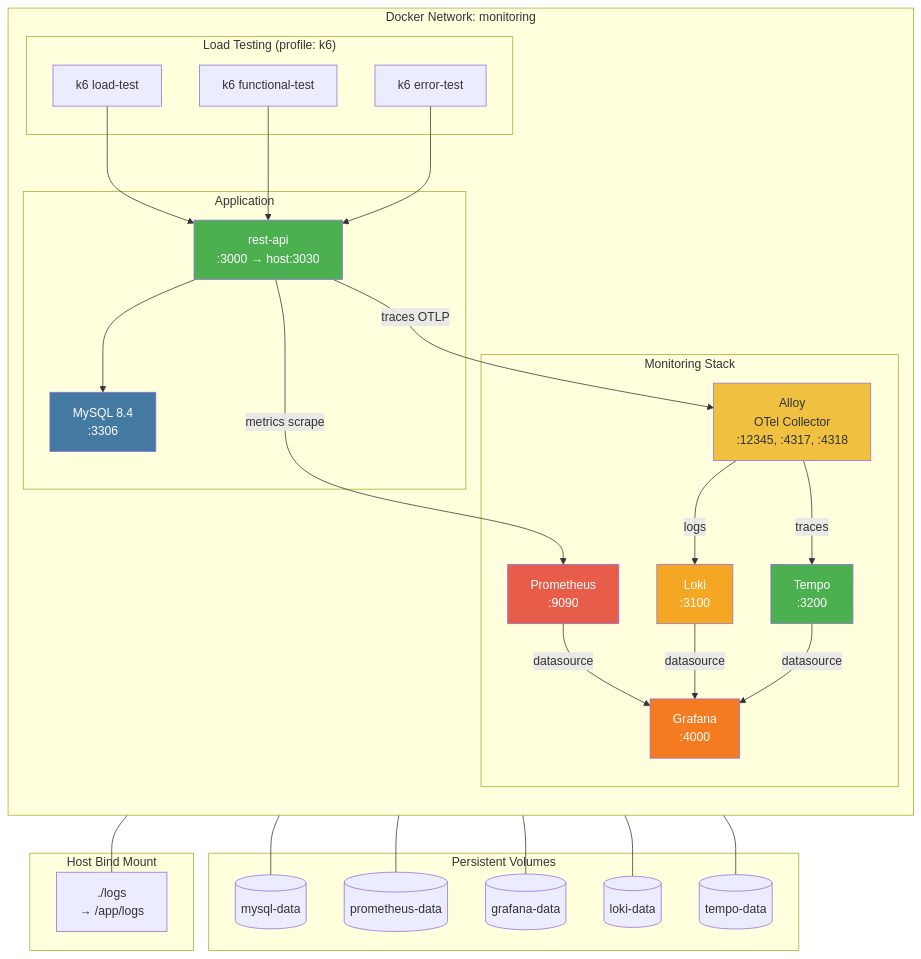
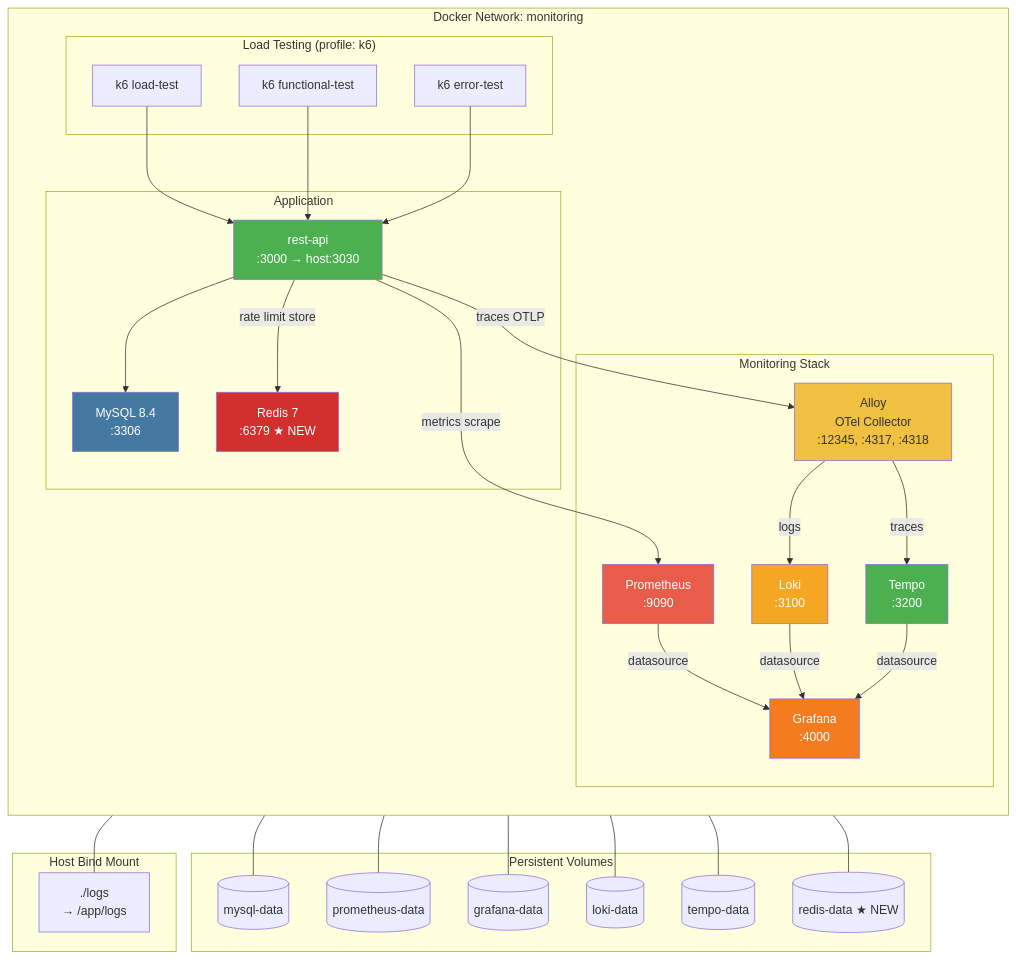
The tenth of 15 diagrams in docs/ARCHITECTURE.md (helmipradita/belajar-typescript-restful-api), drawn with Mermaid before and after one commit. The commit also changed other lines of this file and 2 other files, not shown here.

First line of the commit message:
infra: add Redis service and update architecture docs

````diff
--- a/docs/ARCHITECTURE.md
+++ b/docs/ARCHITECTURE.md
@@ -382,64 +385,69 @@
 ```mermaid
 graph TB
     subgraph "Docker Network: monitoring"
         direction TB
 
         subgraph "Application"
             API[rest-api<br/>:3000 → host:3030]
             DB[MySQL 8.4<br/>:3306]
+            RE[Redis 7<br/>:6379 ★ NEW]
         end
 
         subgraph "Monitoring Stack"
             P[Prometheus<br/>:9090]
             G[Grafana<br/>:4000]
             L[Loki<br/>:3100]
             T[Tempo<br/>:3200]
             A[Alloy<br/>OTel Collector<br/>:12345, :4317, :4318]
         end
 
         subgraph "Load Testing (profile: k6)"
             K6L[k6 load-test]
             K6F[k6 functional-test]
             K6E[k6 error-test]
         end
     end
 
     subgraph "Persistent Volumes"
         V1[(mysql-data)]
         V2[(prometheus-data)]
         V3[(grafana-data)]
         V4[(loki-data)]
         V5[(tempo-data)]
+        V6[(redis-data ★ NEW)]
     end
 
     subgraph "Host Bind Mount"
-        V6[./logs<br/>→ /app/logs]
+        V7[./logs<br/>→ /app/logs]
     end
 
     DB --- V1
     P --- V2
     G --- V3
     L --- V4
     T --- V5
-    API --- V6
+    RE --- V6
+    API --- V7
 
     API --> DB
+    API -->|rate limit store| RE
     API -->|traces OTLP| A
     API -->|metrics scrape| P
     P -->|datasource| G
     L -->|datasource| G
     T -->|datasource| G
     A -->|logs| L
     A -->|traces| T
     K6L --> API
     K6F --> API
     K6E --> API
 
     style API fill:#4caf50,color:#fff
     style DB fill:#4479a1,color:#fff
+    style RE fill:#d32f2f,color:#fff
     style P fill:#e85d4a,color:#fff
     style G fill:#f47b20,color:#fff
     style L fill:#f5a623,color:#fff
     style T fill:#4caf50,color:#fff
     style A fill:#f0c040,color:#333
 ```
````
